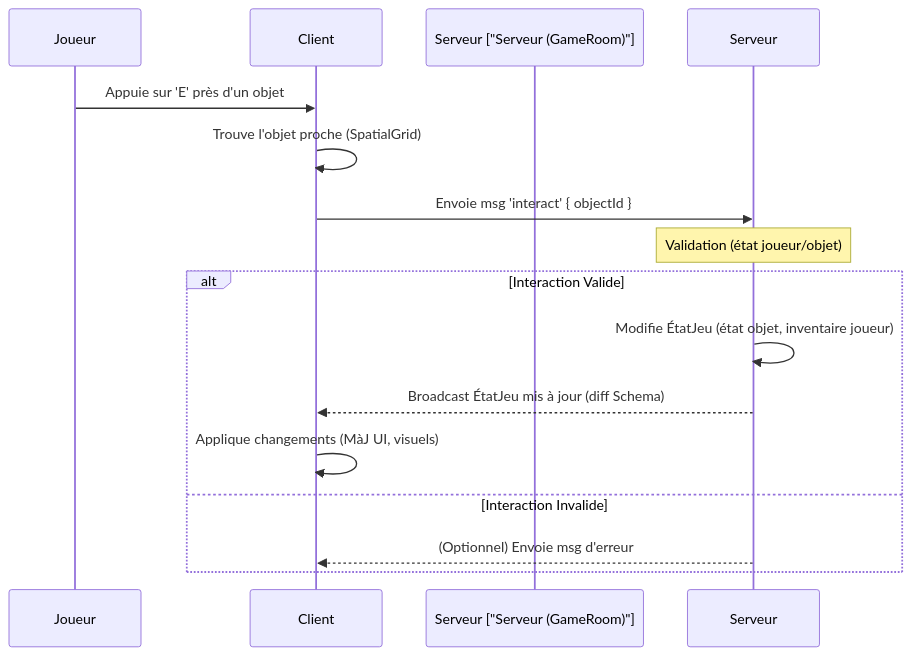
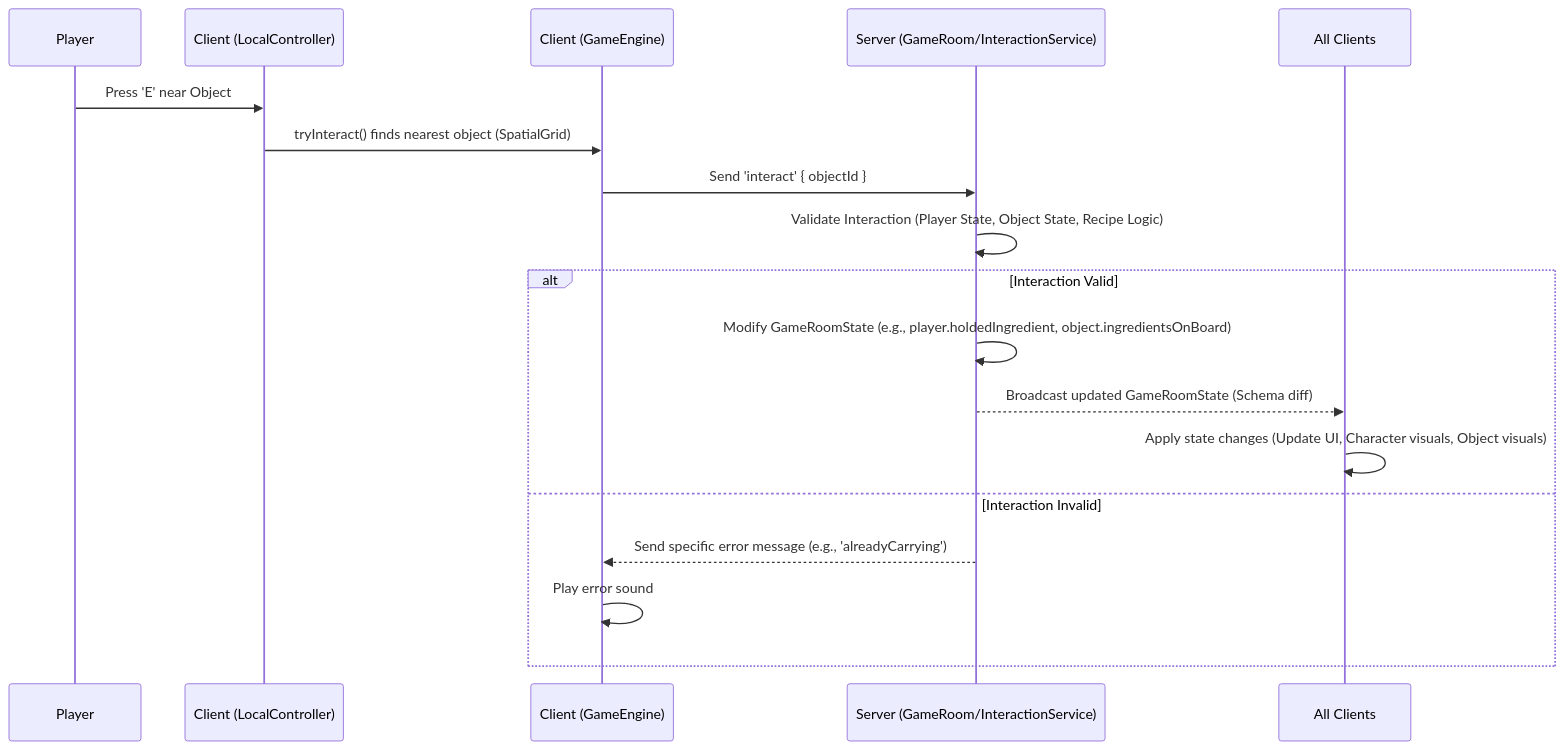
One commit to TriForMine/Delixia changed the second of 3 diagrams in README.md. Above: the diagram before and after it, drawn with Mermaid. The commit also changed other lines of this file, not shown here.

First line of the commit message:
Update README to use English and expand game details

````diff
--- a/README.md
+++ b/README.md
@@ -103,18 +126,21 @@
     ```mermaid
     sequenceDiagram
-        participant Joueur
-        participant Client
-        participant Serveur ["Serveur (GameRoom)"]
+        participant Player
+        participant Client (LocalController)
+        participant Client (GameEngine)
+        participant Server (GameRoom/InteractionService)
+        participant All Clients
 
-        Joueur->>Client: Appuie sur 'E' près d'un objet
-        Client->>Client: Trouve l'objet proche (SpatialGrid)
-        Client->>Serveur: Envoie msg 'interact' { objectId }
-        Note over Serveur: Validation (état joueur/objet)
-        alt Interaction Valide
-            Serveur->>Serveur: Modifie ÉtatJeu (état objet, inventaire joueur)
-            Serveur-->>Client: Broadcast ÉtatJeu mis à jour (diff Schema)
-            Client->>Client: Applique changements (MàJ UI, visuels)
-        else Interaction Invalide
-            Serveur-->>Client: (Optionnel) Envoie msg d'erreur
+        Player->>Client (LocalController): Press 'E' near Object
+        Client (LocalController)->>Client (GameEngine): tryInteract() finds nearest object (SpatialGrid)
+        Client (GameEngine)->>Server (GameRoom/InteractionService): Send 'interact' { objectId }
+        Server (GameRoom/InteractionService)->>Server (GameRoom/InteractionService): Validate Interaction (Player State, Object State, Recipe Logic)
+        alt Interaction Valid
+            Server (GameRoom/InteractionService)->>Server (GameRoom/InteractionService): Modify GameRoomState (e.g., player.holdedIngredient, object.ingredientsOnBoard)
+            Server (GameRoom/InteractionService)-->>All Clients: Broadcast updated GameRoomState (Schema diff)
+            All Clients->>All Clients: Apply state changes (Update UI, Character visuals, Object visuals)
+        else Interaction Invalid
+            Server (GameRoom/InteractionService)-->>Client (GameEngine): Send specific error message (e.g., 'alreadyCarrying')
+            Client (GameEngine)->>Client (GameEngine): Play error sound
         end
     ```
````
